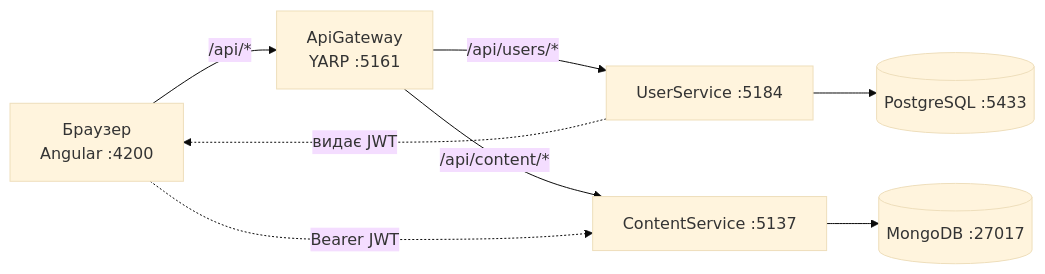
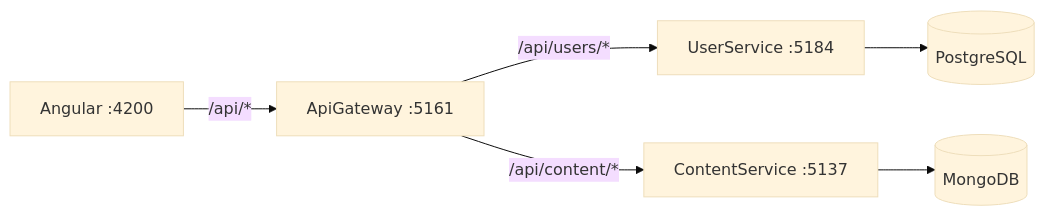
One commit to Hji00p/CleanArchDemo changed the diagram in README.md. Above: the diagram before and after it, drawn with Mermaid (base theme). The commit also changed other lines of this file and 15 other files, not shown here.

````diff
--- a/README.md
+++ b/README.md
@@ -11,10 +5,8 @@
 ```mermaid
 flowchart LR
-    B[Браузер<br/>Angular :4200] -->|/api/*| G[ApiGateway<br/>YARP :5161]
+    B[Angular :4200] -->|/api/*| G[ApiGateway :5161]
     G -->|/api/users/*| U[UserService :5184]
     G -->|/api/content/*| C[ContentService :5137]
-    U --> P[(PostgreSQL :5433)]
-    C --> M[(MongoDB :27017)]
-    U -. видає JWT .-> B
-    B -. Bearer JWT .-> C
+    U --> P[(PostgreSQL)]
+    C --> M[(MongoDB)]
 ```
````
